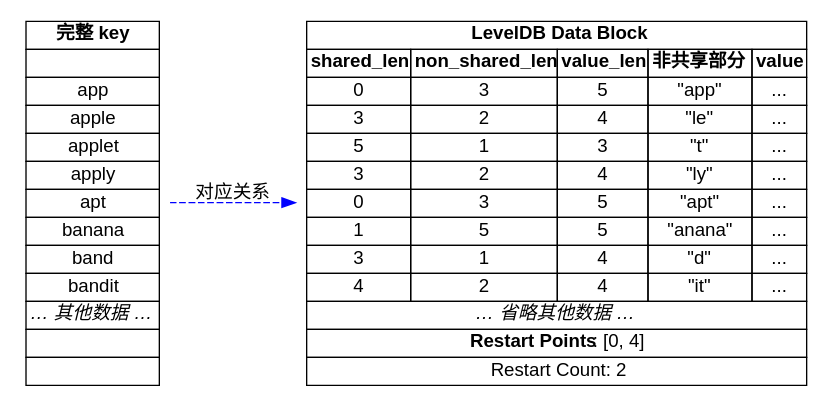
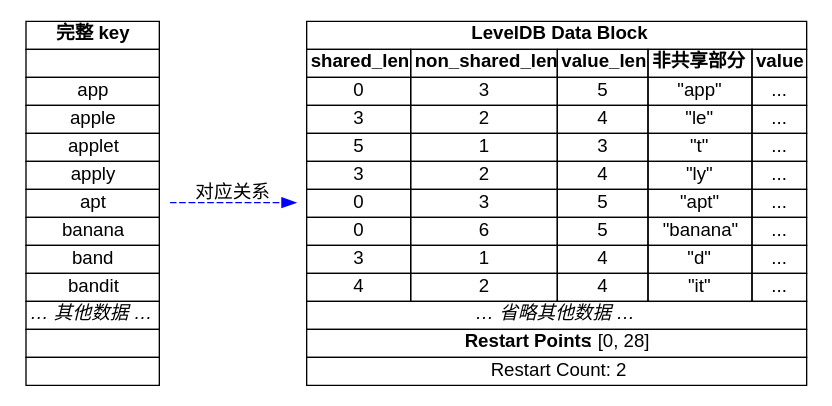
Before and after one commit to selfboot/selfboot.github.io: the diagram in source/downloads/leveldb_datablock.dot, drawn with Graphviz. The commit also changed 8 other files, not shown here.

```diff
--- a/source/downloads/leveldb_datablock.dot
+++ b/source/downloads/leveldb_datablock.dot
@@ -1,59 +1,59 @@
 
 digraph LevelDBPrefixCompression {
     rankdir=LR;                       /* 左右排布 */
     node [shape=plaintext, fontname="Arial"];
 
     /* ---------------- 完整 key 参考 ---------------- */
     Keys [label=<
     <TABLE BORDER="0" CELLBORDER="1" CELLSPACING="0">
       <TR><TD><B>完整 key</B></TD></TR>
       <TR><TD><I> </I></TD></TR>
       <TR><TD>app</TD></TR>
       <TR><TD>apple</TD></TR>
       <TR><TD>applet</TD></TR>
       <TR><TD>apply</TD></TR>
       <TR><TD>apt</TD></TR>
       <TR><TD>banana</TD></TR>
       <TR><TD>band</TD></TR>
       <TR><TD>bandit</TD></TR>
       <TR><TD COLSPAN="1"><I>… 其他数据 …</I></TD></TR>
       <TR><TD COLSPAN="1"> </TD></TR>
       <TR><TD COLSPAN="1"> </TD></TR>
     </TABLE>
     >];
 
     /* ---------------- 数据块 ---------------- */
     DataBlock [label=<
     <TABLE BORDER="0" CELLBORDER="1" CELLSPACING="0">
       <TR><TD COLSPAN="5"><B>LevelDB Data Block</B></TD></TR>
       <TR>
         <TD><B>shared_len</B></TD>
         <TD><B>non_shared_len</B></TD>
         <TD><B>value_len</B></TD>
         <TD><B>非共享部分</B></TD>
         <TD><B>value</B></TD>
       </TR>
 
       <!-- Restart 0 -->
       <TR><TD>0</TD><TD>3</TD><TD>5</TD><TD>"app"</TD><TD>...</TD></TR>
       <TR><TD>3</TD><TD>2</TD><TD>4</TD><TD>"le"</TD><TD>...</TD></TR>
       <TR><TD>5</TD><TD>1</TD><TD>3</TD><TD>"t"</TD><TD>...</TD></TR>
       <TR><TD>3</TD><TD>2</TD><TD>4</TD><TD>"ly"</TD><TD>...</TD></TR>
 
       <!-- Restart 1 -->
       <TR><TD>0</TD><TD>3</TD><TD>5</TD><TD>"apt"</TD><TD>...</TD></TR>
-      <TR><TD>1</TD><TD>5</TD><TD>5</TD><TD>"anana"</TD><TD>...</TD></TR>
+      <TR><TD>0</TD><TD>6</TD><TD>5</TD><TD>"banana"</TD><TD>...</TD></TR>
       <TR><TD>3</TD><TD>1</TD><TD>4</TD><TD>"d"</TD><TD>...</TD></TR>
       <TR><TD>4</TD><TD>2</TD><TD>4</TD><TD>"it"</TD><TD>...</TD></TR>
 
       <TR><TD COLSPAN="5"><I>… 省略其他数据 …</I></TD></TR>
 
       <!-- 尾部 restart 数组 -->
-      <TR><TD COLSPAN="5"><B>Restart Points</B>: [0, 4]</TD></TR>
+      <TR><TD COLSPAN="5"><B>Restart Points</B>: [0, 28]</TD></TR>
       <TR><TD COLSPAN="5">Restart Count: 2</TD></TR>
     </TABLE>
     >];
 
     /* 添加对齐指示 */
     Keys -> DataBlock [label="对应关系", style=dashed, color=blue];
 }
```
